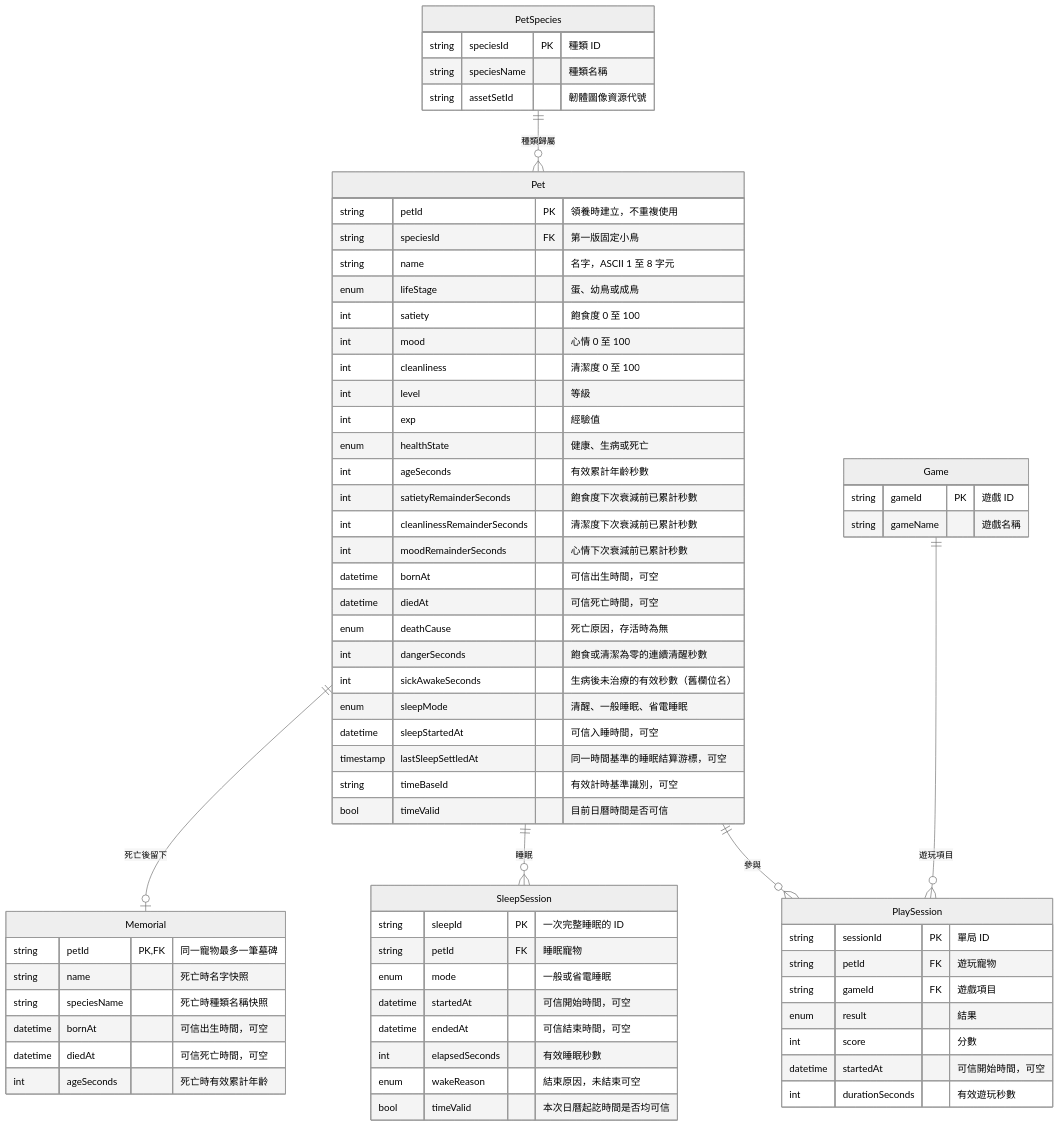
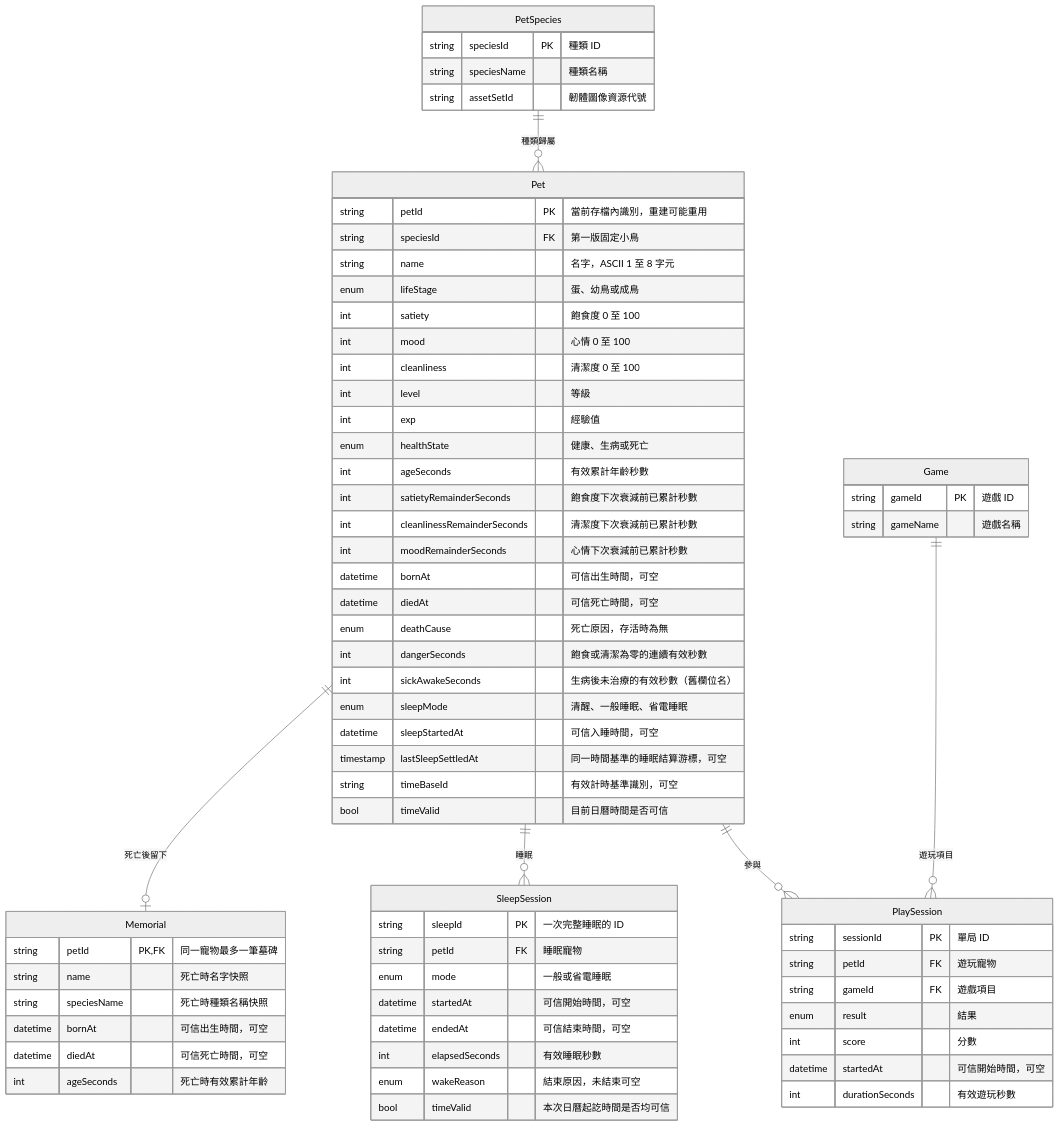
Before and after one commit to fuling0519/ESP32-Electronic-Pet: the diagram in docs/database-erd.md, drawn with Mermaid (neutral theme). The commit also changed other lines of this file and 19 other files, not shown here.

````diff
--- a/docs/database-erd.md
+++ b/docs/database-erd.md
@@ -11,71 +13,71 @@
 ```mermaid
 erDiagram
     PetSpecies ||--o{ Pet : "種類歸屬"
     Pet ||--o{ PlaySession : "參與"
     Game ||--o{ PlaySession : "遊玩項目"
     Pet ||--o{ SleepSession : "睡眠"
     Pet ||--o| Memorial : "死亡後留下"
 
     PetSpecies {
         string speciesId PK "種類 ID"
         string speciesName "種類名稱"
         string assetSetId "韌體圖像資源代號"
     }
     Pet {
-        string petId PK "領養時建立，不重複使用"
+        string petId PK "當前存檔內識別，重建可能重用"
         string speciesId FK "第一版固定小鳥"
         string name "名字，ASCII 1 至 8 字元"
         enum lifeStage "蛋、幼鳥或成鳥"
         int satiety "飽食度 0 至 100"
         int mood "心情 0 至 100"
         int cleanliness "清潔度 0 至 100"
         int level "等級"
         int exp "經驗值"
         enum healthState "健康、生病或死亡"
         int ageSeconds "有效累計年齡秒數"
         int satietyRemainderSeconds "飽食度下次衰減前已累計秒數"
         int cleanlinessRemainderSeconds "清潔度下次衰減前已累計秒數"
         int moodRemainderSeconds "心情下次衰減前已累計秒數"
         datetime bornAt "可信出生時間，可空"
         datetime diedAt "可信死亡時間，可空"
         enum deathCause "死亡原因，存活時為無"
-        int dangerSeconds "飽食或清潔為零的連續清醒秒數"
+        int dangerSeconds "飽食或清潔為零的連續有效秒數"
         int sickAwakeSeconds "生病後未治療的有效秒數（舊欄位名）"
         enum sleepMode "清醒、一般睡眠、省電睡眠"
         datetime sleepStartedAt "可信入睡時間，可空"
         timestamp lastSleepSettledAt "同一時間基準的睡眠結算游標，可空"
         string timeBaseId "有效計時基準識別，可空"
         bool timeValid "目前日曆時間是否可信"
     }
     Game {
         string gameId PK "遊戲 ID"
         string gameName "遊戲名稱"
     }
     PlaySession {
         string sessionId PK "單局 ID"
         string petId FK "遊玩寵物"
         string gameId FK "遊戲項目"
         enum result "結果"
         int score "分數"
         datetime startedAt "可信開始時間，可空"
         int durationSeconds "有效遊玩秒數"
     }
     SleepSession {
         string sleepId PK "一次完整睡眠的 ID"
         string petId FK "睡眠寵物"
         enum mode "一般或省電睡眠"
         datetime startedAt "可信開始時間，可空"
         datetime endedAt "可信結束時間，可空"
         int elapsedSeconds "有效睡眠秒數"
         enum wakeReason "結束原因，未結束可空"
         bool timeValid "本次日曆起訖時間是否均可信"
     }
     Memorial {
         string petId PK, FK "同一寵物最多一筆墓碑"
         string name "死亡時名字快照"
         string speciesName "死亡時種類名稱快照"
         datetime bornAt "可信出生時間，可空"
         datetime diedAt "可信死亡時間，可空"
         int ageSeconds "死亡時有效累計年齡"
     }
 ```
````
